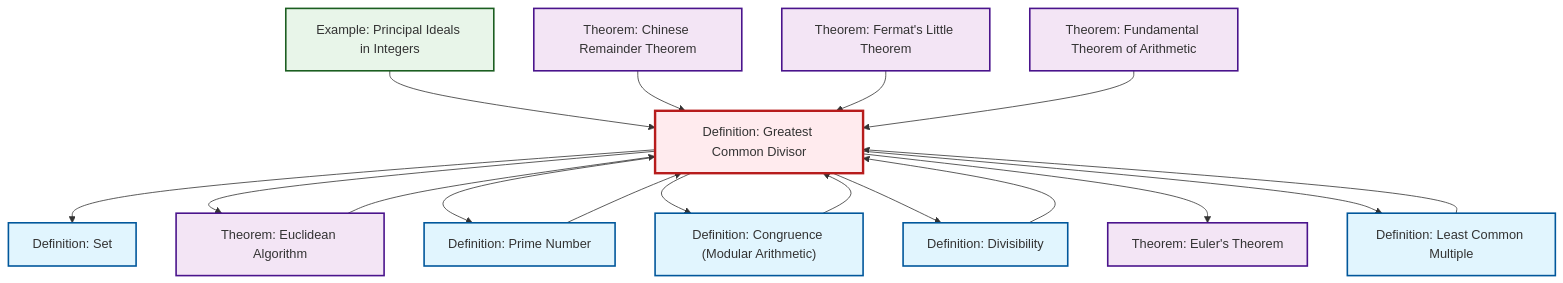
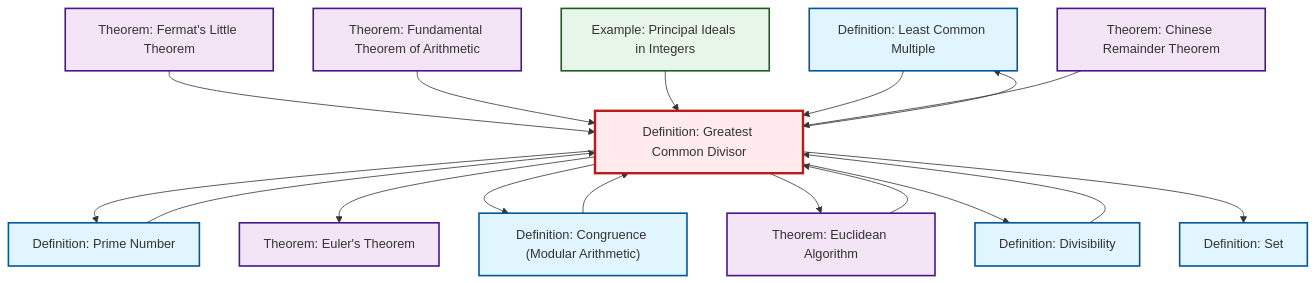
Before and after one commit to RK0429/ModernMath: the second of 2 diagrams in content/en/number-theory/def-gcd.qmd, drawn with Mermaid. The commit also changed other lines of this file and 672 other files, not shown here.

````diff
--- a/content/en/number-theory/def-gcd.qmd
+++ b/content/en/number-theory/def-gcd.qmd
@@ -93,49 +93,49 @@
 ```{mermaid}
 %%| fig-cap: "Local dependency graph"
 graph TD
     classDef definition fill:#e1f5fe,stroke:#01579b,stroke-width:2px
     classDef theorem fill:#f3e5f5,stroke:#4a148c,stroke-width:2px
     classDef axiom fill:#fff3e0,stroke:#e65100,stroke-width:2px
     classDef example fill:#e8f5e9,stroke:#1b5e20,stroke-width:2px
     classDef current fill:#ffebee,stroke:#b71c1c,stroke-width:3px
-    def-gcd["Definition: Greatest Common Divisor"]:::definition
-    def-congruence["Definition: Congruence (Modular Arithmetic)"]:::definition
-    thm-euler["Theorem: Euler's Theorem"]:::theorem
-    thm-chinese-remainder["Theorem: Chinese Remainder Theorem"]:::theorem
+    def-set["Definition: Set"]:::definition
     def-lcm["Definition: Least Common Multiple"]:::definition
-    ex-principal-ideal["Example: Principal Ideals in Integers"]:::example
-    def-divisibility["Definition: Divisibility"]:::definition
-    thm-fundamental-arithmetic["Theorem: Fundamental Theorem of Arithmetic"]:::theorem
-    def-set["Definition: Set"]:::definition
     thm-euclidean-algorithm["Theorem: Euclidean Algorithm"]:::theorem
     thm-fermat-little["Theorem: Fermat's Little Theorem"]:::theorem
+    thm-fundamental-arithmetic["Theorem: Fundamental Theorem of Arithmetic"]:::theorem
+    thm-euler["Theorem: Euler's Theorem"]:::theorem
+    def-congruence["Definition: Congruence (Modular Arithmetic)"]:::definition
+    ex-principal-ideal["Example: Principal Ideals in Integers"]:::example
     def-prime["Definition: Prime Number"]:::definition
+    def-gcd["Definition: Greatest Common Divisor"]:::definition
+    thm-chinese-remainder["Theorem: Chinese Remainder Theorem"]:::theorem
+    def-divisibility["Definition: Divisibility"]:::definition
+    def-gcd --> def-prime
+    thm-fermat-little --> def-gcd
+    def-divisibility --> def-gcd
+    thm-fundamental-arithmetic --> def-gcd
+    thm-euclidean-algorithm --> def-gcd
+    def-prime --> def-gcd
+    def-gcd --> thm-euler
+    def-gcd --> def-congruence
+    ex-principal-ideal --> def-gcd
+    def-gcd --> def-lcm
+    def-gcd --> thm-euclidean-algorithm
+    def-lcm --> def-gcd
+    thm-chinese-remainder --> def-gcd
+    def-congruence --> def-gcd
+    def-gcd --> def-divisibility
     def-gcd --> def-set
-    def-lcm --> def-gcd
-    ex-principal-ideal --> def-gcd
-    def-gcd --> thm-euclidean-algorithm
-    def-gcd --> def-prime
-    def-gcd --> def-congruence
-    def-gcd --> def-divisibility
-    thm-chinese-remainder --> def-gcd
-    thm-euclidean-algorithm --> def-gcd
-    def-congruence --> def-gcd
-    def-divisibility --> def-gcd
-    def-prime --> def-gcd
-    thm-fermat-little --> def-gcd
-    thm-fundamental-arithmetic --> def-gcd
-    def-gcd --> thm-euler
-    def-gcd --> def-lcm
     class def-gcd current
-    click def-congruence "def-congruence.html" "Go to Congruence (Modular Arithmetic) definition"
-    click thm-euler "thm-euler.html" "Go to Euler's Theorem theorem"
-    click thm-chinese-remainder "thm-chinese-remainder.html" "Go to Chinese Remainder Theorem theorem"
+    click def-set "def-set.html" "Go to Set definition"
     click def-lcm "def-lcm.html" "Go to Least Common Multiple definition"
-    click ex-principal-ideal "ex-principal-ideal.html" "Go to Principal Ideals in Integers example"
-    click def-divisibility "def-divisibility.html" "Go to Divisibility definition"
-    click thm-fundamental-arithmetic "thm-fundamental-arithmetic.html" "Go to Fundamental Theorem of Arithmetic theorem"
-    click def-set "def-set.html" "Go to Set definition"
     click thm-euclidean-algorithm "thm-euclidean-algorithm.html" "Go to Euclidean Algorithm theorem"
     click thm-fermat-little "thm-fermat-little.html" "Go to Fermat's Little Theorem theorem"
+    click thm-fundamental-arithmetic "thm-fundamental-arithmetic.html" "Go to Fundamental Theorem of Arithmetic theorem"
+    click thm-euler "thm-euler.html" "Go to Euler's Theorem theorem"
+    click def-congruence "def-congruence.html" "Go to Congruence (Modular Arithmetic) definition"
+    click ex-principal-ideal "ex-principal-ideal.html" "Go to Principal Ideals in Integers example"
     click def-prime "def-prime.html" "Go to Prime Number definition"
+    click thm-chinese-remainder "thm-chinese-remainder.html" "Go to Chinese Remainder Theorem theorem"
+    click def-divisibility "def-divisibility.html" "Go to Divisibility definition"
 ```
````
